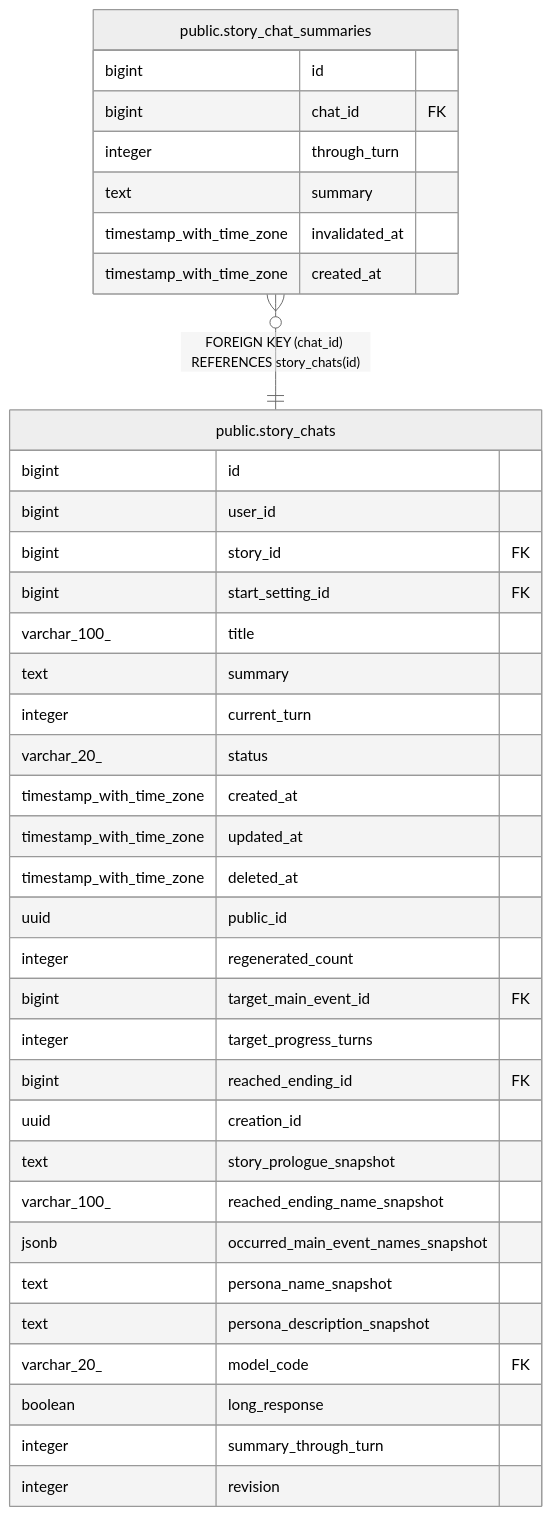
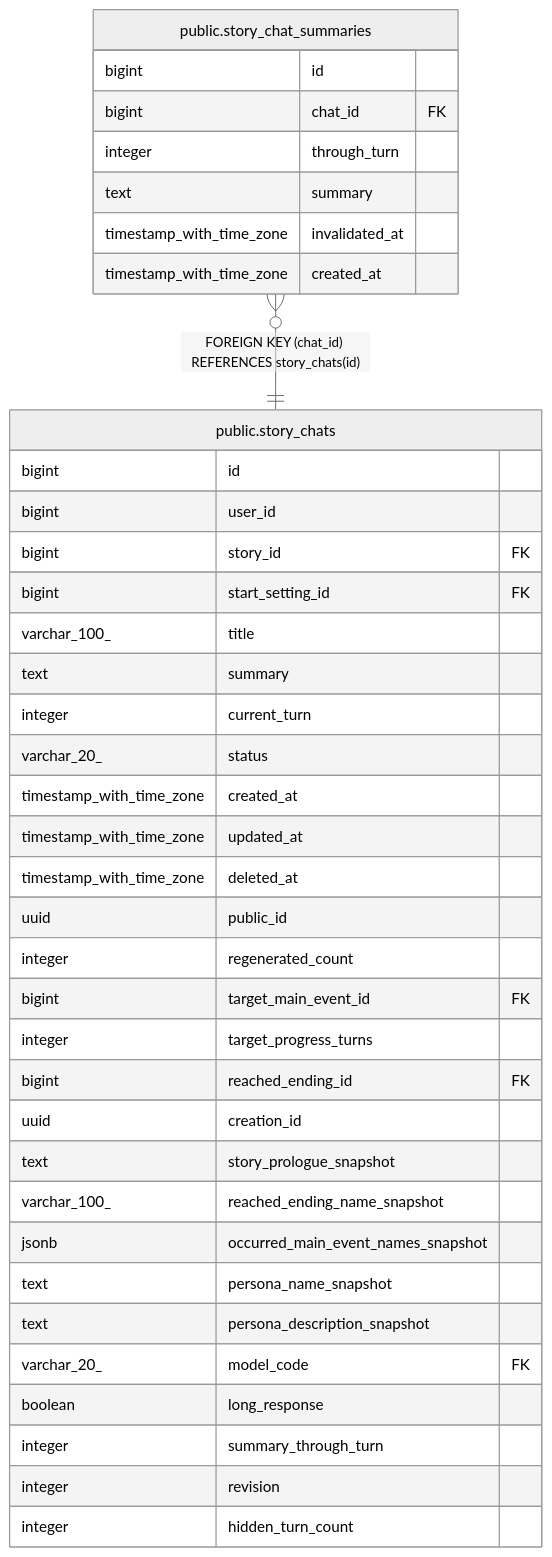
One commit to KIM-N-KANG/manyak-server changed the diagram in dbdoc/public.story_chat_summaries.md. Above: the diagram before and after it, drawn with Mermaid (neutral theme). The commit also changed 36 other files, not shown here.

````diff
--- a/dbdoc/public.story_chat_summaries.md
+++ b/dbdoc/public.story_chat_summaries.md
@@ -32,42 +32,43 @@
 ```mermaid
 erDiagram
 
 "public.story_chat_summaries" }o--|| "public.story_chats" : "FOREIGN KEY (chat_id) REFERENCES story_chats(id)"
 
 "public.story_chat_summaries" {
   bigint id
   bigint chat_id FK
   integer through_turn
   text summary
   timestamp_with_time_zone invalidated_at
   timestamp_with_time_zone created_at
 }
 "public.story_chats" {
   bigint id
   bigint user_id
   bigint story_id FK
   bigint start_setting_id FK
   varchar_100_ title
   text summary
   integer current_turn
   varchar_20_ status
   timestamp_with_time_zone created_at
   timestamp_with_time_zone updated_at
   timestamp_with_time_zone deleted_at
   uuid public_id
   integer regenerated_count
   bigint target_main_event_id FK
   integer target_progress_turns
   bigint reached_ending_id FK
   uuid creation_id
   text story_prologue_snapshot
   varchar_100_ reached_ending_name_snapshot
   jsonb occurred_main_event_names_snapshot
   text persona_name_snapshot
   text persona_description_snapshot
   varchar_20_ model_code FK
   boolean long_response
   integer summary_through_turn
   integer revision
+  integer hidden_turn_count
 }
 ```
````
